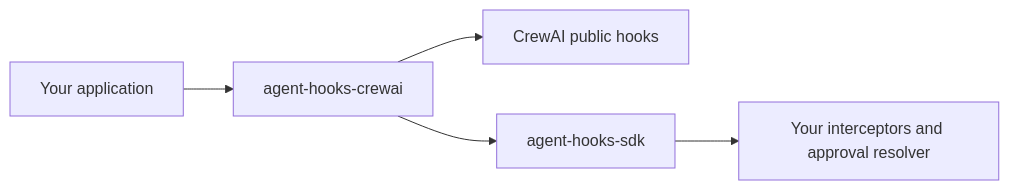
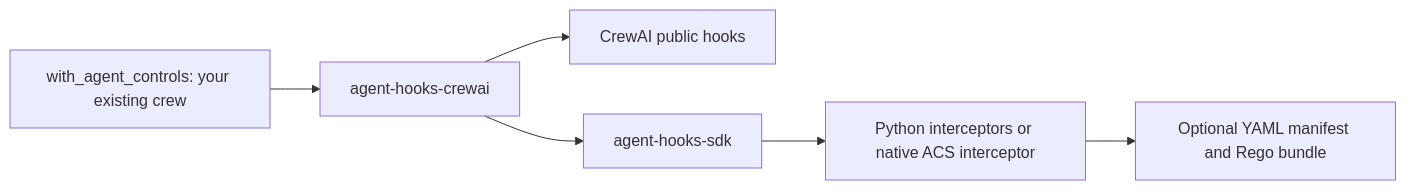
One commit to prayagupa/agent-control-adapters changed the diagram in README.md. Above: the diagram before and after it, drawn with Mermaid. The commit also changed other lines of this file and 39 other files, not shown here.

First line of the commit message:
feat(crewai): add native and ACS agent controls

````diff
--- a/README.md
+++ b/README.md
@@ -15,7 +18,8 @@
 ```mermaid
 flowchart LR
-    App["Your application"] --> Adapter["agent-hooks-crewai"]
+    App["with_agent_controls: your existing crew"] --> Adapter["agent-hooks-crewai"]
     Adapter --> CrewAI["CrewAI public hooks"]
     Adapter --> SDK["agent-hooks-sdk"]
-    SDK --> Policy["Your interceptors and approval resolver"]
+    SDK --> Policy["Python interceptors or native ACS interceptor"]
+    Policy --> YAML["Optional YAML manifest and Rego bundle"]
 ```
````
